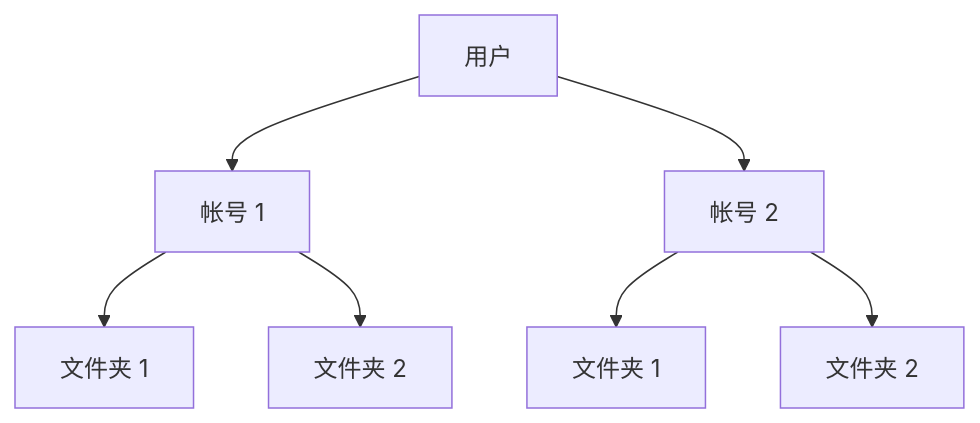
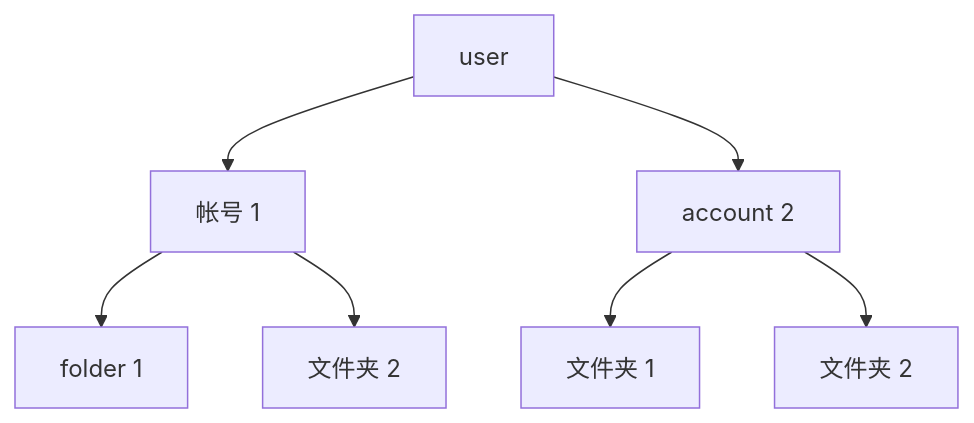
The diagram in src/content/blog/hoh-frontend-1.md (leungsekyu/leungsekyu-blog), drawn with Mermaid before and after one commit. The commit also changed other lines of this file, not shown here.

Commit message:
Mermaid：尝试用英文替代中文（解决中文渲染不全问题）

````diff
--- a/src/content/blog/hoh-frontend-1.md
+++ b/src/content/blog/hoh-frontend-1.md
@@ -48,12 +48,12 @@
 ```mermaid
 graph TD
-  A[用户]
+  A[user]
     B[帐号 1]
-      B --> B1[文件夹 1]
+      B --> B1[folder 1]
       B --> B2[文件夹 2]
-    C[帐号 2]
+    C[account 2]
       C --> C1[文件夹 1]
       C --> C2[文件夹 2]
   A --> B
   A --> C
 ```
````
